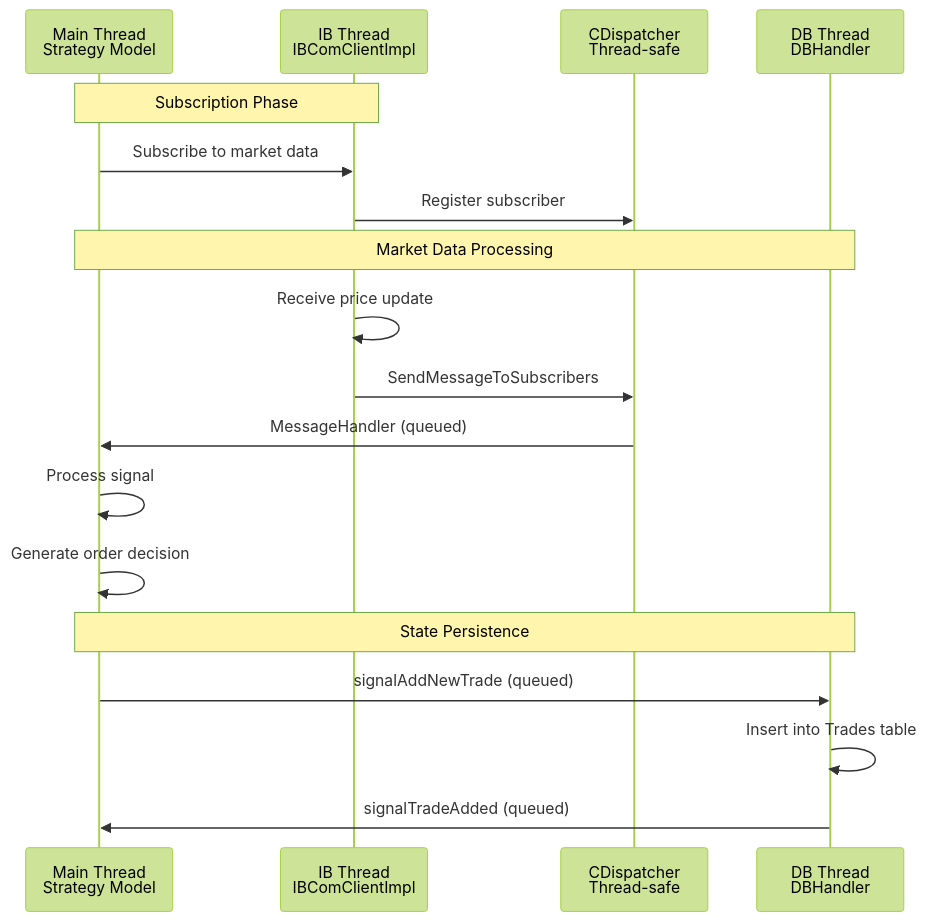
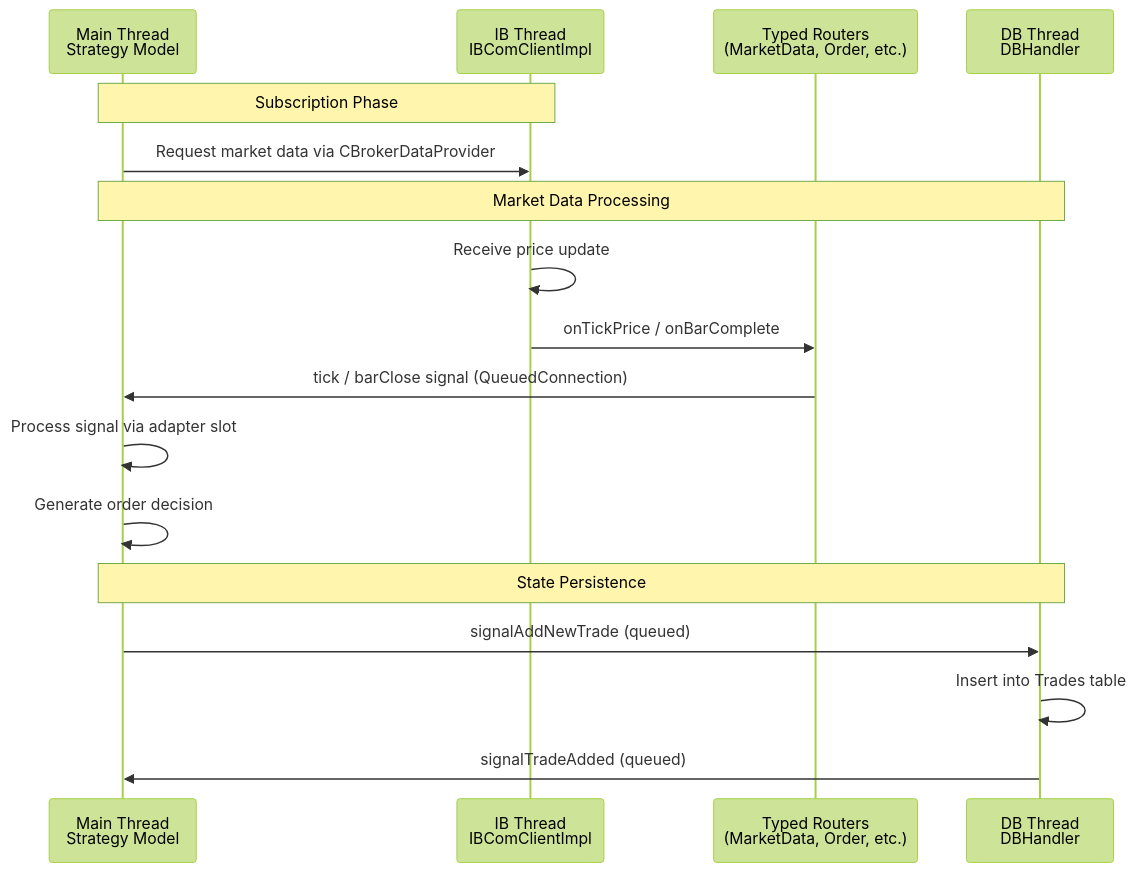
Diagram 13 of 23 in IbTradeQt/ARCHITECTURE.md (CloseToAlgoTrading/IbTradeQtDev), drawn with Mermaid (forest theme) before and after one commit. The commit also changed other lines of this file and 33 other files, not shown here.

````diff
--- a/IbTradeQt/ARCHITECTURE.md
+++ b/IbTradeQt/ARCHITECTURE.md
@@ -937,23 +939,22 @@
 ```mermaid
 sequenceDiagram
     participant Main as Main Thread<br/>Strategy Model
     participant IB as IB Thread<br/>IBComClientImpl
-    participant Disp as CDispatcher<br/>Thread-safe
+    participant Router as Typed Routers<br/>(MarketData, Order, etc.)
     participant DB as DB Thread<br/>DBHandler
     
     Note over Main,IB: Subscription Phase
-    Main->>IB: Subscribe to market data
-    IB->>Disp: Register subscriber
+    Main->>IB: Request market data via CBrokerDataProvider
     
     Note over Main,DB: Market Data Processing
     IB->>IB: Receive price update
-    IB->>Disp: SendMessageToSubscribers
-    Disp->>Main: MessageHandler (queued)
-    Main->>Main: Process signal
+    IB->>Router: onTickPrice / onBarComplete
+    Router->>Main: tick / barClose signal (QueuedConnection)
+    Main->>Main: Process signal via adapter slot
     Main->>Main: Generate order decision
     
     Note over Main,DB: State Persistence
     Main->>DB: signalAddNewTrade (queued)
     DB->>DB: Insert into Trades table
     DB->>Main: signalTradeAdded (queued)
 ```
````
